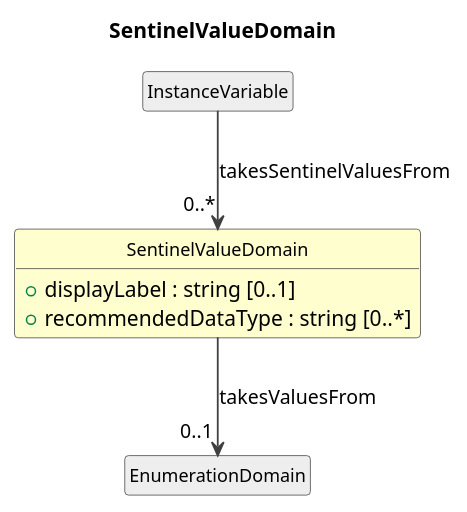
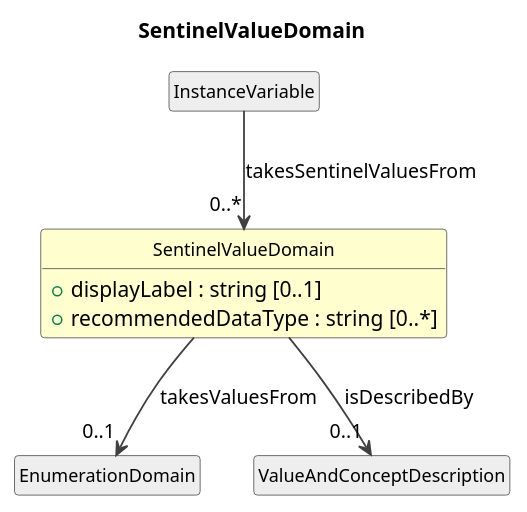
One commit to Cross-Domain-Interoperability-Framework/metadataBuildingBlocks changed the diagram in cdif-uml-model/_plantuml/cdifDataDescription/Classes/SentinelValueDomain.pu. Above: the diagram before and after it, drawn with PlantUML. The commit also changed 72 other files, not shown here.

Commit message:
Regenerate UML model browser: ValueDomain isDescribedBy + conceptual cleanup

```diff
--- a/cdif-uml-model/_plantuml/cdifDataDescription/Classes/SentinelValueDomain.pu
+++ b/cdif-uml-model/_plantuml/cdifDataDescription/Classes/SentinelValueDomain.pu
@@ -1,22 +1,24 @@
 @startuml
 title SentinelValueDomain
 hide circle
 hide empty members
 skinparam shadowing false
 skinparam ArrowThickness 1.2
 skinparam class {
   ArrowColor #404040
   BorderColor #404040
   FontSize 12
 }
 
 class "SentinelValueDomain" as SentinelValueDomain #FEFECE {
   +displayLabel : string [0..1]
   +recommendedDataType : string [0..*]
 }
 class "InstanceVariable" as InstanceVariable #EEEEEE
 InstanceVariable --> "0..*" SentinelValueDomain : takesSentinelValuesFrom
 class "EnumerationDomain" as EnumerationDomain #EEEEEE
 SentinelValueDomain --> "0..1" EnumerationDomain : takesValuesFrom
+class "ValueAndConceptDescription" as ValueAndConceptDescription #EEEEEE
+SentinelValueDomain --> "0..1" ValueAndConceptDescription : isDescribedBy
 
 @enduml
```
